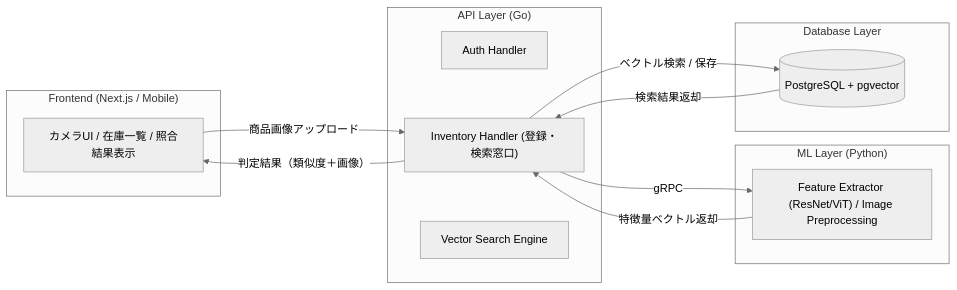
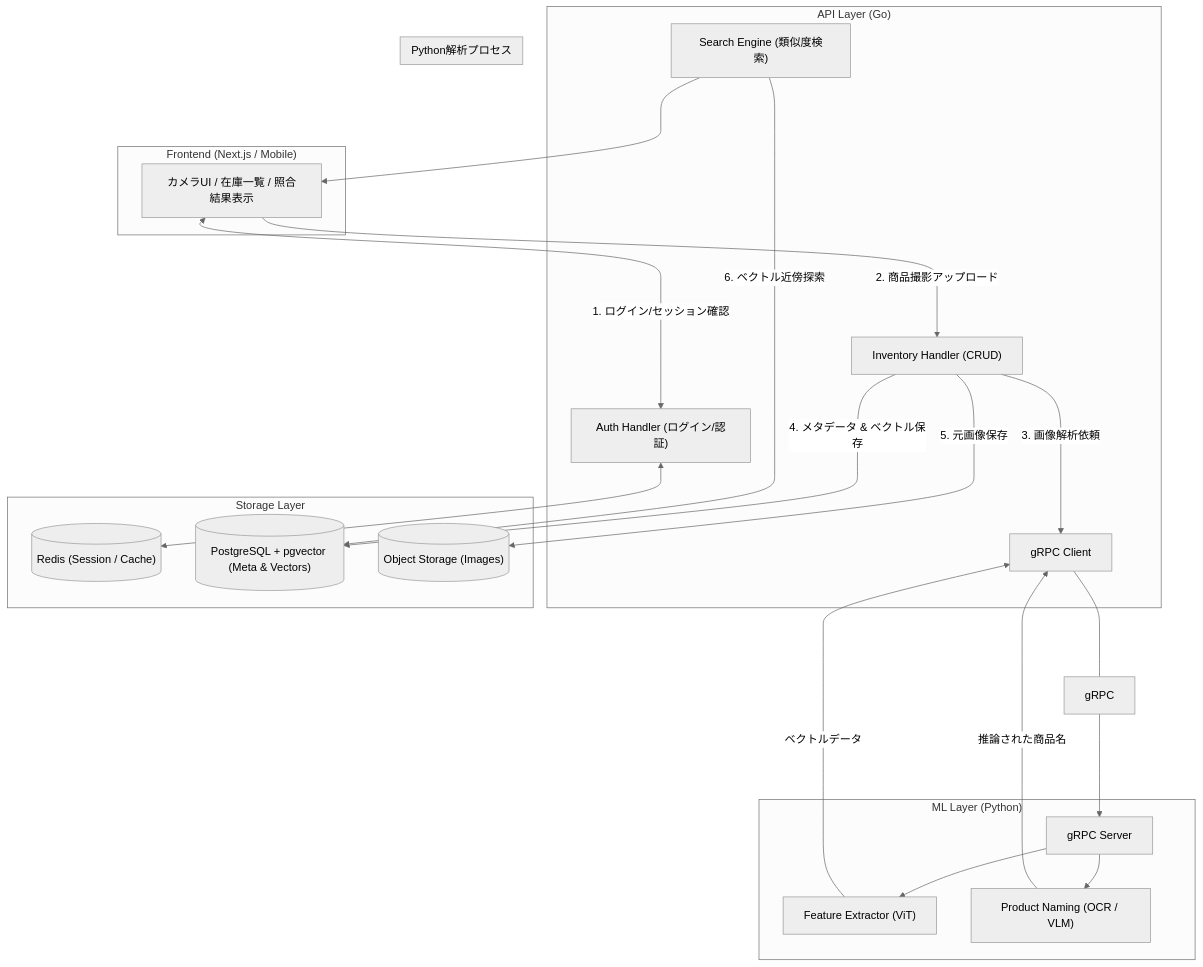
The diagram in README.md (annyouu/face-matching), drawn with Mermaid (neutral theme) before and after one commit. The commit also changed other lines of this file, not shown here.

Commit message:
docs: 仕様書変更

````diff
--- a/README.md
+++ b/README.md
@@ -38,33 +41,52 @@
 ```mermaid
-flowchart LR
+flowchart TD
 
 %% Frontend
 subgraph FE["Frontend (Next.js / Mobile)"]
     UI["カメラUI / 在庫一覧 / 照合結果表示"]
 end
 
 %% Backend
 subgraph API_Layer["API Layer (Go)"]
-    AUTH["Auth Handler"]
-    UPLOAD["Inventory Handler (登録・検索窓口)"]
-    VEC_QUERY["Vector Search Engine"]
+    AUTH["Auth Handler (ログイン/認証)"]
+    INV["Inventory Handler (CRUD)"]
+    SEARCH["Search Engine (類似度検索)"]
+    GRPC_C["gRPC Client"]
 end
 
-%% Embedding Server
-subgraph PY_Layer["ML Layer (Python)"]
-    PY["Feature Extractor (ResNet/ViT) / Image Preprocessing"]
+%% Middlewares & DB
+subgraph Storage["Storage Layer"]
+    REDIS[("Redis (Session / Cache)")]
+    DB[("PostgreSQL + pgvector (Meta & Vectors)")]
+    MINIO[("Object Storage (Images)")]
 end
 
-%% Database
-subgraph DB_Layer["Database Layer"]
-    DB[(PostgreSQL + pgvector)]
+%% ML Server
+subgraph PY_Layer["ML Layer (Python)"]
+    PY_SERVER["gRPC Server"]
+    FEAT["Feature Extractor (ViT)"]
+    NAMING["Product Naming (OCR / VLM)"]
 end
 
-%% フロー
-UI -->|商品画像アップロード| UPLOAD
-UPLOAD -->|gRPC| PY
-PY -->|特徴量ベクトル返却| UPLOAD
-UPLOAD -->|ベクトル検索 / 保存| DB
-DB -->|検索結果返却| UPLOAD
-UPLOAD -->|判定結果（類似度＋画像）| UI
+%% フロー定義
+UI <-->|1. ログイン/セッション確認| AUTH
+AUTH <--> REDIS
+
+UI --->|2. 商品撮影アップロード| INV
+INV --->|3. 画像解析依頼| GRPC_C
+GRPC_C <--- gRPC ---> PY_SERVER
+
+subgraph PY_Process["Python解析プロセス"]
+    PY_SERVER --> FEAT
+    PY_SERVER --> NAMING
+end
+
+FEAT -->|ベクトルデータ| GRPC_C
+NAMING -->|推論された商品名| GRPC_C
+
+INV --->|4. メタデータ & ベクトル保存| DB
+INV --->|5. 元画像保存| MINIO
+
+SEARCH --->|6. ベクトル近傍探索| DB
+SEARCH ---> UI
 ```
````
